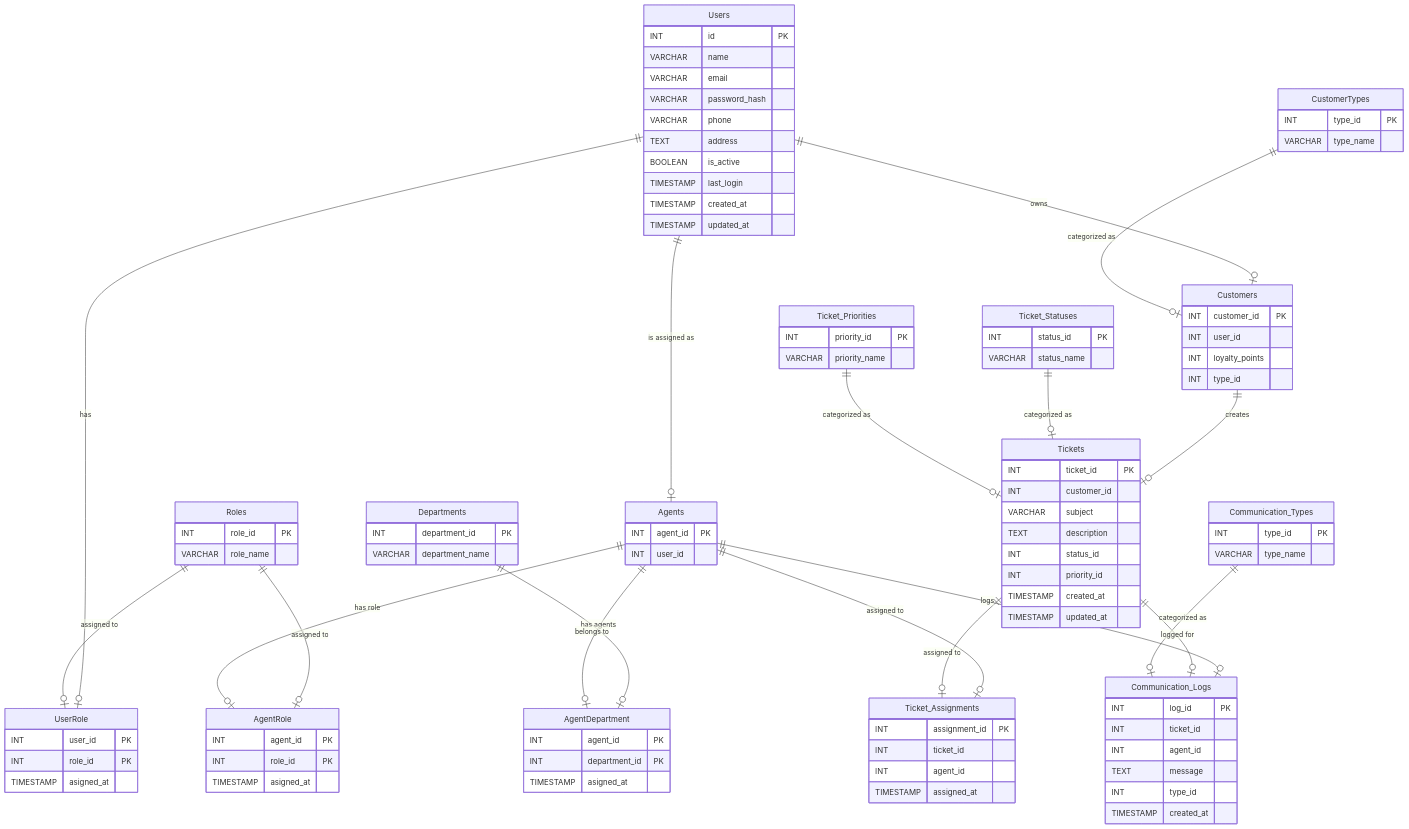
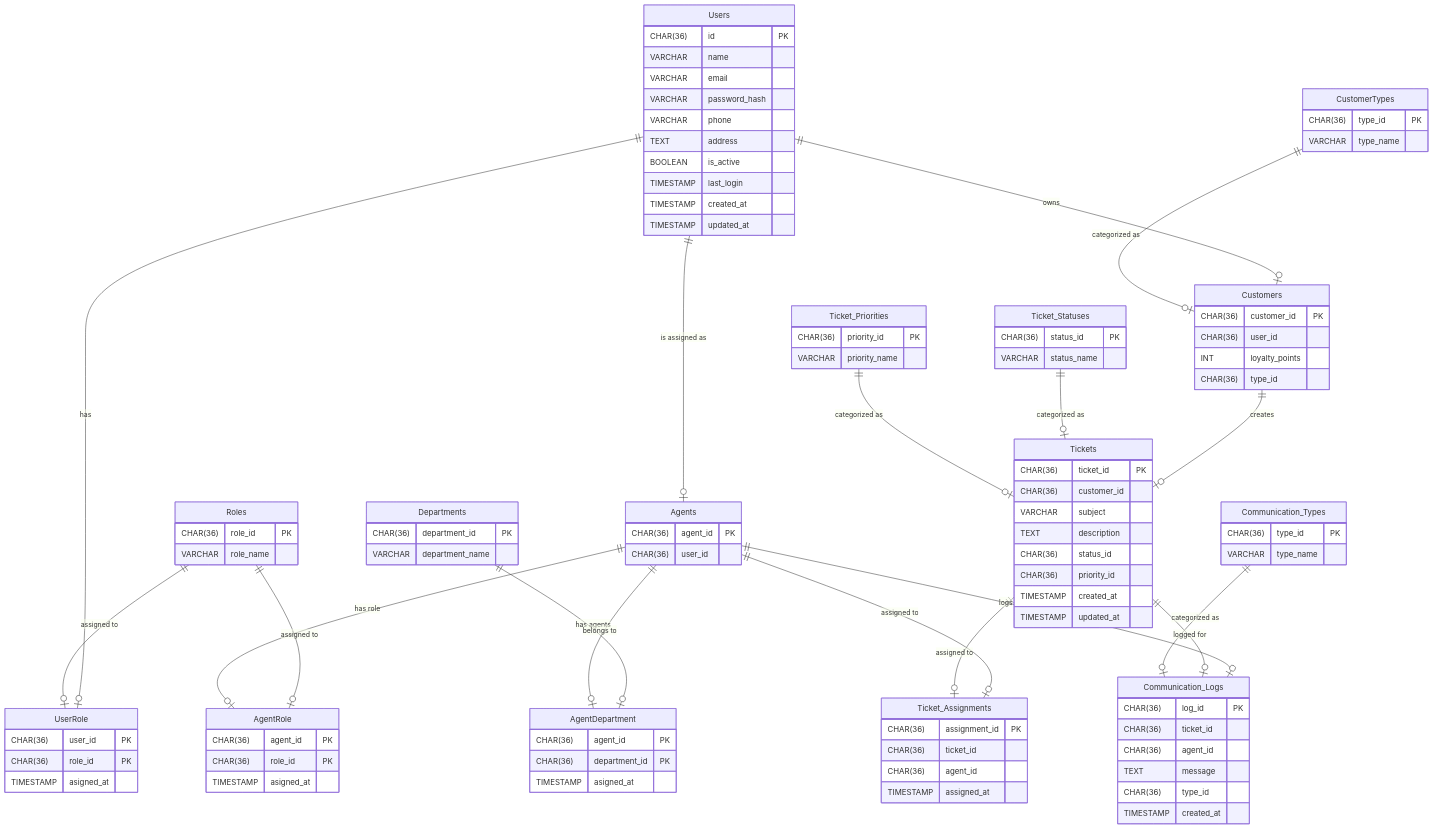
One commit to vuongprogk/ticketflow changed the diagram in README.md. Above: the diagram before and after it, drawn with Mermaid. The commit also changed other lines of this file, not shown here.

Commit message:
docs: fix id attribute value type of models to char instead int

````diff
--- a/README.md
+++ b/README.md
@@ -33,7 +33,7 @@
 ```mermaid
 erDiagram
     Users {
-        INT id PK
+        CHAR(36) id PK
         VARCHAR name
         VARCHAR email
         VARCHAR password_hash
@@ -46,89 +46,89 @@
     }
 
     Roles {
-        INT role_id PK
+        CHAR(36) role_id PK
         VARCHAR role_name
     }
 
     UserRole {
-        INT user_id PK
-        INT role_id PK
+        CHAR(36) user_id PK
+        CHAR(36) role_id PK
         TIMESTAMP asigned_at
     }
 
     Customers {
-        INT customer_id PK
-        INT user_id
+        CHAR(36) customer_id PK
+        CHAR(36) user_id
         INT loyalty_points
-        INT type_id
+        CHAR(36) type_id
     }
 
     CustomerTypes {
-        INT type_id PK
+        CHAR(36) type_id PK
         VARCHAR type_name
     }
 
     Agents {
-        INT agent_id PK
-        INT user_id
+        CHAR(36) agent_id PK
+        CHAR(36) user_id
     }
 
     AgentRole {
-        INT agent_id PK
-        INT role_id PK
+        CHAR(36) agent_id PK
+        CHAR(36) role_id PK
         TIMESTAMP asigned_at
     }
 
     Departments {
-        INT department_id PK
+        CHAR(36) department_id PK
         VARCHAR department_name
     }
 
     AgentDepartment {
-        INT agent_id PK
-        INT department_id PK
+        CHAR(36) agent_id PK
+        CHAR(36) department_id PK
         TIMESTAMP asigned_at
     }
 
     Tickets {
-        INT ticket_id PK
-        INT customer_id
+        CHAR(36) ticket_id PK
+        CHAR(36) customer_id
         VARCHAR subject
         TEXT description
-        INT status_id
-        INT priority_id
+        CHAR(36) status_id
+        CHAR(36) priority_id
         TIMESTAMP created_at
         TIMESTAMP updated_at
     }
 
     Ticket_Statuses {
-        INT status_id PK
+        CHAR(36) status_id PK
         VARCHAR status_name
     }
 
     Ticket_Priorities {
-        INT priority_id PK
+        CHAR(36) priority_id PK
         VARCHAR priority_name
     }
 
     Ticket_Assignments {
-        INT assignment_id PK
-        INT ticket_id
-        INT agent_id
+        CHAR(36) assignment_id PK
+        CHAR(36) ticket_id
+        CHAR(36) agent_id
         TIMESTAMP assigned_at
     }
 
     Communication_Logs {
-        INT log_id PK
-        INT ticket_id
-        INT agent_id
+        CHAR(36) log_id PK
+        CHAR(36) ticket_id
+        CHAR(36) agent_id
         TEXT message
-        INT type_id
+        CHAR(36) type_id
         TIMESTAMP created_at
     }
 
     Communication_Types {
-        INT type_id PK
+        CHAR(36) type_id PK
         VARCHAR type_name
     }
 
````
